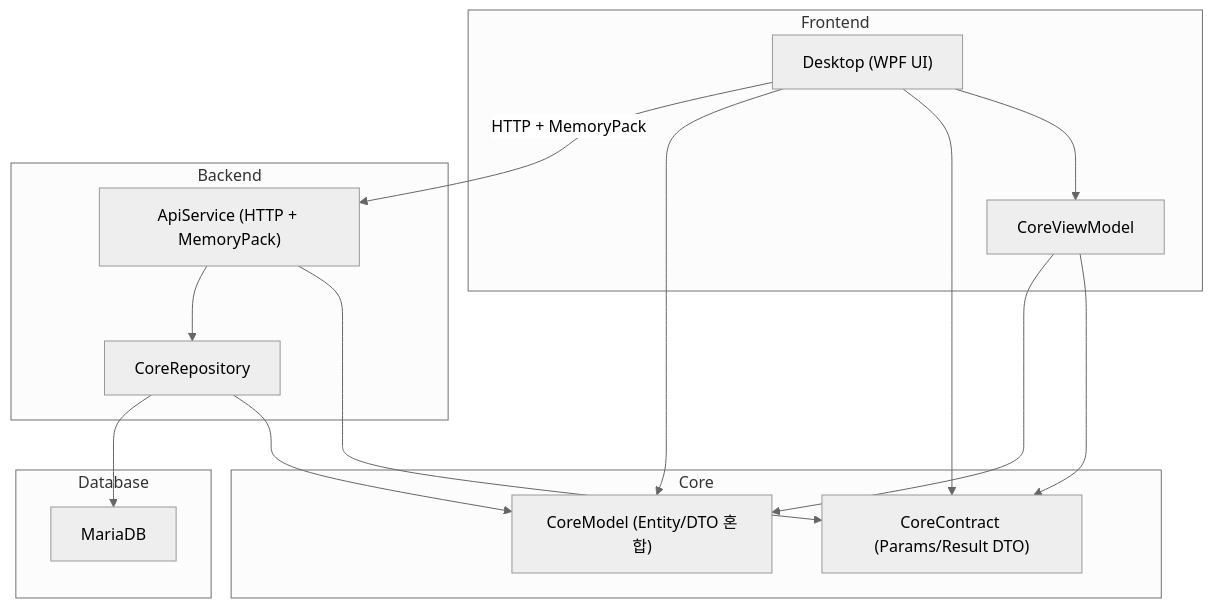
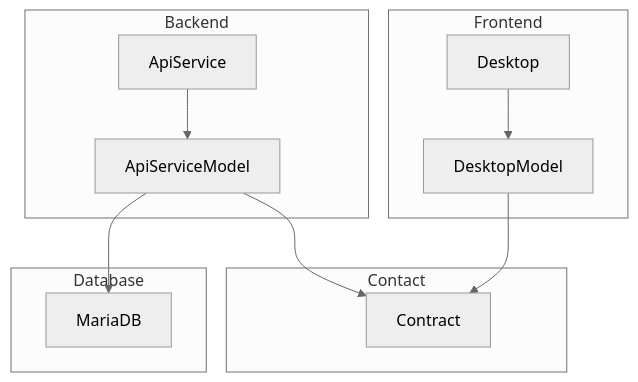
Before and after one commit to remcat-lab/platform: the diagram in 000. Abstracts/ProjectArchitect.md, drawn with Mermaid (neutral theme). The commit also changed other lines of this file, not shown here.

Commit message:
Model 용도에 따른 분류 추가

````diff
--- a/000. Abstracts/ProjectArchitect.md
+++ b/000. Abstracts/ProjectArchitect.md
@@ -3,42 +29,38 @@
 ```mermaid
 graph TD
 
     %% Frontend Group
     subgraph Frontend
-        Desktop["Desktop (WPF UI)"]
-        CoreViewModel["CoreViewModel"]
+        Desktop
+        DesktopModel
     end
 
     %% Backend Group
     subgraph Backend
-        ApiService["ApiService (HTTP + MemoryPack)"]
-        CoreRepository["CoreRepository"]
+        ApiService
+        ApiServiceModel
     end
 
-    %% Core (공통 계약/모델) Group
-    subgraph Core
-        CoreContract["CoreContract (Params/Result DTO)"]
-        CoreModel["CoreModel (Entity/DTO 혼합)"]
+    %% Contract Group
+    subgraph Contact
+        Contract
     end
 
     %% Database Group
     subgraph Database
-        MariaDB["MariaDB"]
+        MariaDB
     end
 
     %% 참조 구조
-    Desktop --> CoreViewModel
-    Desktop --> CoreContract
-    Desktop --> CoreModel
+    Desktop --> DesktopModel
+    
+    DesktopModel --> Contract
 
-    CoreViewModel --> CoreContract
-    CoreViewModel --> CoreModel
+    
+    ApiService --> ApiServiceModel
+    ApiServiceModel --> Contract
+    ApiServiceModel --> MariaDB
 
-    ApiService --> CoreContract
-    ApiService --> CoreRepository
-    CoreRepository --> CoreModel
-    CoreRepository --> MariaDB
+    
 
-    %% MemoryPack over HTTP 통신 경로
-    Desktop -- HTTP + MemoryPack --> ApiService
 ```
````
